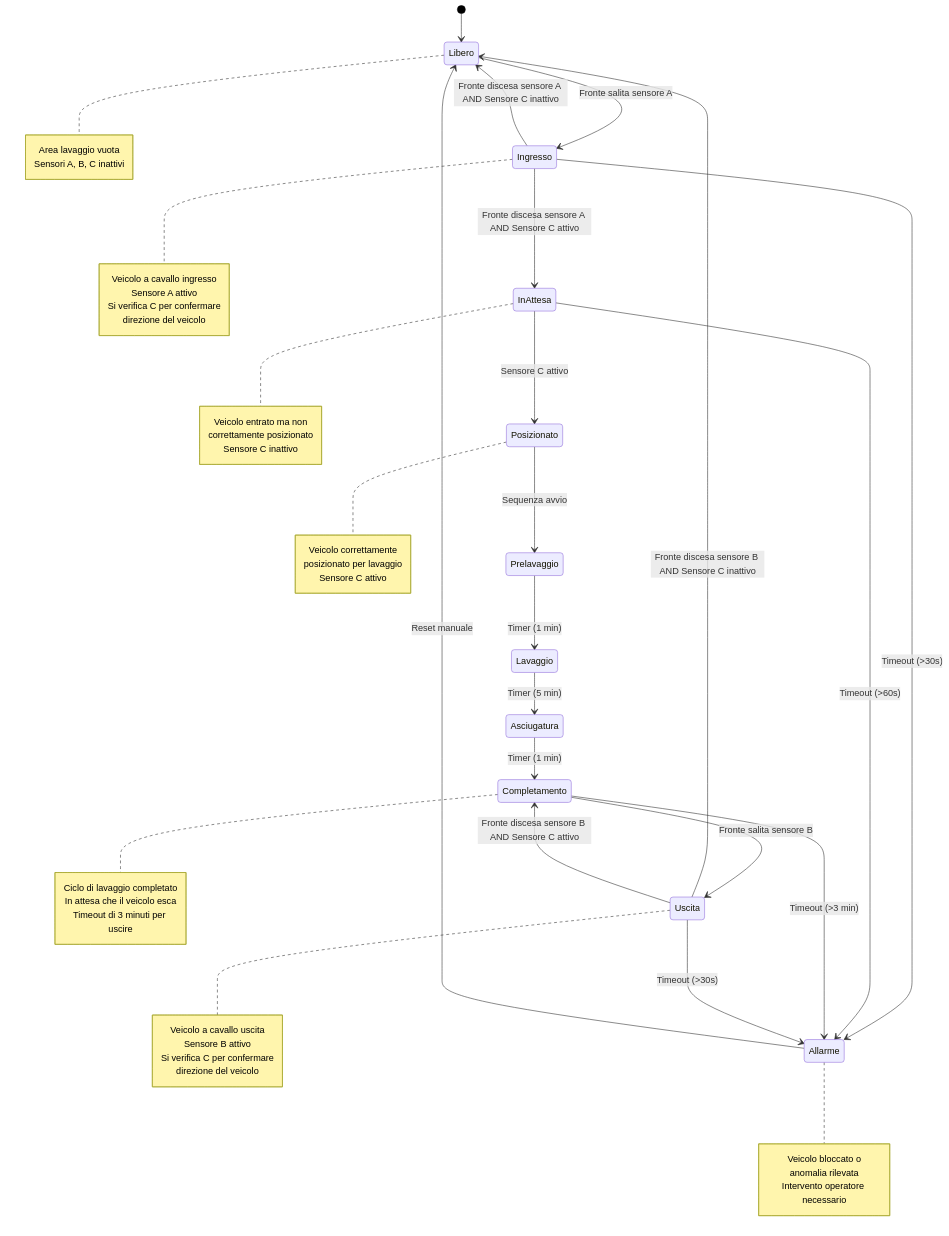
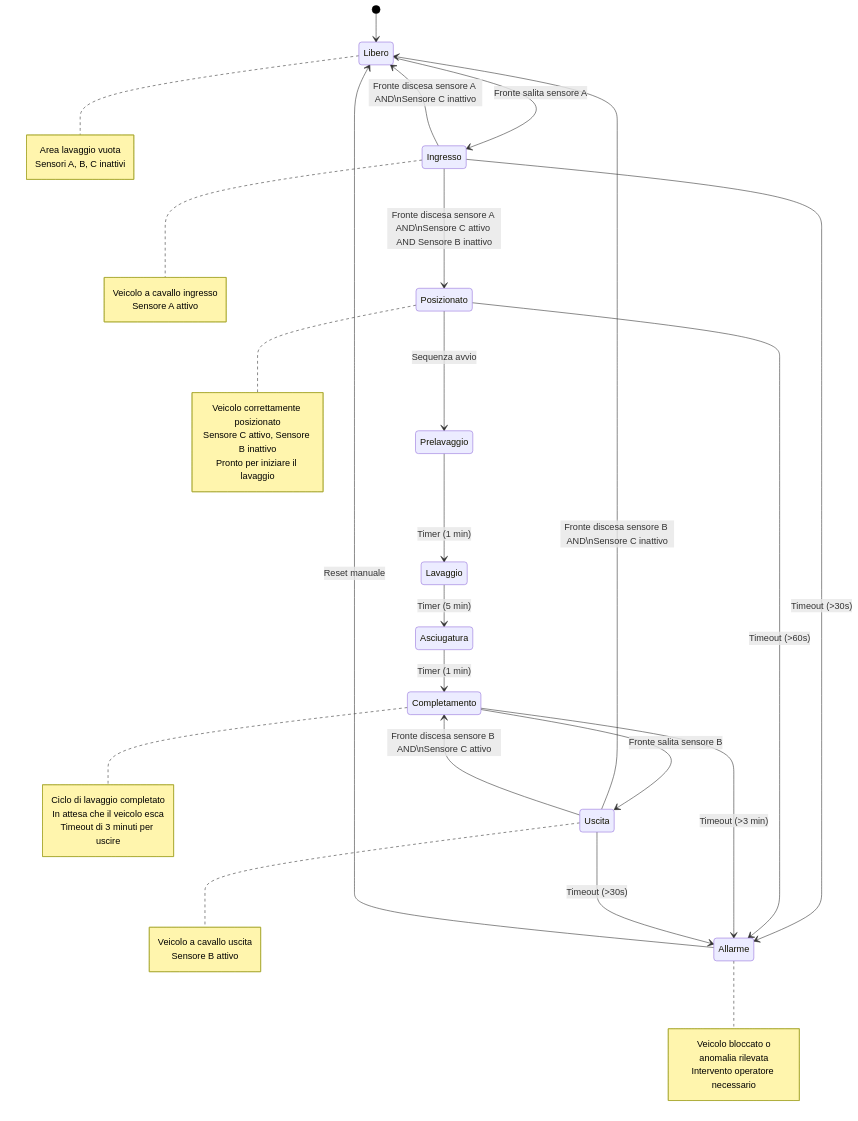
The diagram in autolavaggio.md (sebastianomelita/ArduinoBareMetal), drawn with Mermaid before and after one commit. The commit also changed other lines of this file, not shown here.

````diff
--- a/autolavaggio.md
+++ b/autolavaggio.md
@@ -39,71 +38,59 @@
 ```mermaid
 %%{init: {'theme': 'default', 'themeVariables': { 'primaryColor': '#ffffff', 'primaryTextColor': '#000000', 'primaryBorderColor': '#000000', 'lineColor': '#000000', 'secondaryColor': '#f4f4f4', 'tertiaryColor': '#ffffff' }}}%%
 stateDiagram-v2
     [*] --> Libero
     
     Libero --> Ingresso: Fronte salita sensore A
-    Ingresso --> InAttesa: Fronte discesa sensore A AND Sensore C attivo
-    Ingresso --> Libero: Fronte discesa sensore A AND Sensore C inattivo
+    Ingresso --> Posizionato: Fronte discesa sensore A AND\nSensore C attivo AND Sensore B inattivo
+    Ingresso --> Libero: Fronte discesa sensore A AND\nSensore C inattivo
     Ingresso --> Allarme: Timeout (>30s)
     
-    InAttesa --> Posizionato: Sensore C attivo
-    InAttesa --> Allarme: Timeout (>60s)
-    
     Posizionato --> Prelavaggio: Sequenza avvio
+    Posizionato --> Allarme: Timeout (>60s)
     
     Prelavaggio --> Lavaggio: Timer (1 min)
     Lavaggio --> Asciugatura: Timer (5 min)
     Asciugatura --> Completamento: Timer (1 min)
     
     Completamento --> Uscita: Fronte salita sensore B
     Completamento --> Allarme: Timeout (>3 min)
     
-    Uscita --> Libero: Fronte discesa sensore B AND Sensore C inattivo
-    Uscita --> Completamento: Fronte discesa sensore B AND Sensore C attivo
+    Uscita --> Libero: Fronte discesa sensore B AND\nSensore C inattivo
+    Uscita --> Completamento: Fronte discesa sensore B AND\nSensore C attivo
     Uscita --> Allarme: Timeout (>30s)
     
     Allarme --> Libero: Reset manuale
     
     note right of Libero
         Area lavaggio vuota
         Sensori A, B, C inattivi
     end note
     
     note right of Ingresso
         Veicolo a cavallo ingresso
         Sensore A attivo
-        Si verifica C per confermare
-        direzione del veicolo
-    end note
-    
-    note right of InAttesa
-        Veicolo entrato ma non
-        correttamente posizionato
-        Sensore C inattivo
     end note
     
     note right of Posizionato
-        Veicolo correttamente 
-        posizionato per lavaggio
-        Sensore C attivo
+        Veicolo correttamente posizionato
+        Sensore C attivo, Sensore B inattivo
+        Pronto per iniziare il lavaggio
     end note
     
     note right of Completamento
         Ciclo di lavaggio completato
         In attesa che il veicolo esca
         Timeout di 3 minuti per uscire
     end note
     
     note right of Uscita
         Veicolo a cavallo uscita
         Sensore B attivo
-        Si verifica C per confermare
-        direzione del veicolo
     end note
     
     note right of Allarme
         Veicolo bloccato o
         anomalia rilevata
         Intervento operatore necessario
     end note
 ```
````
